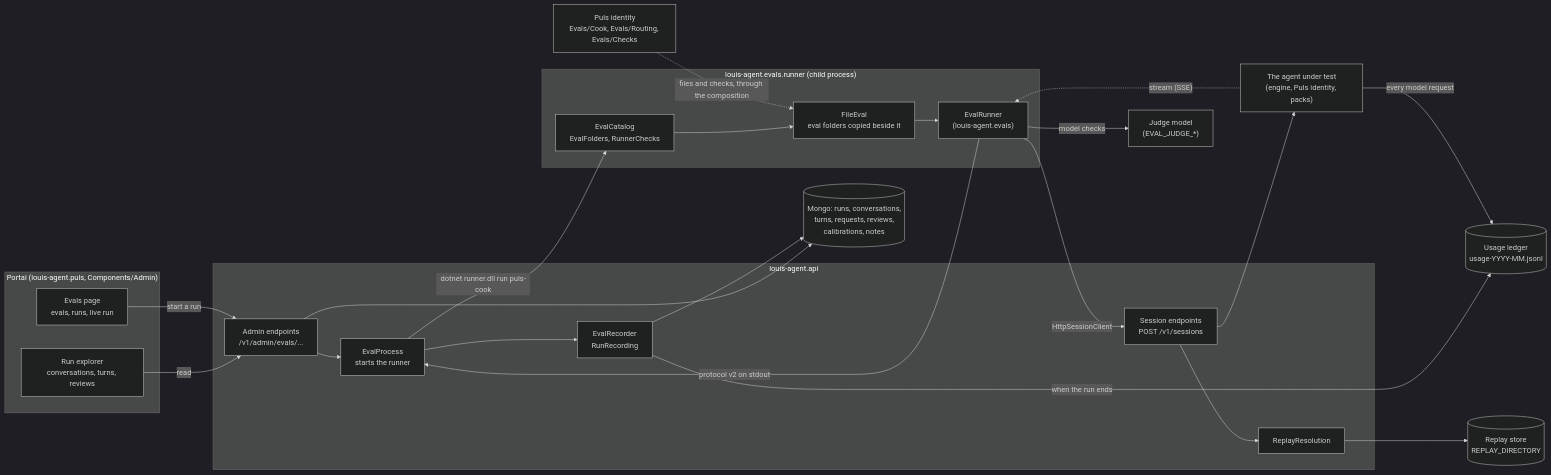
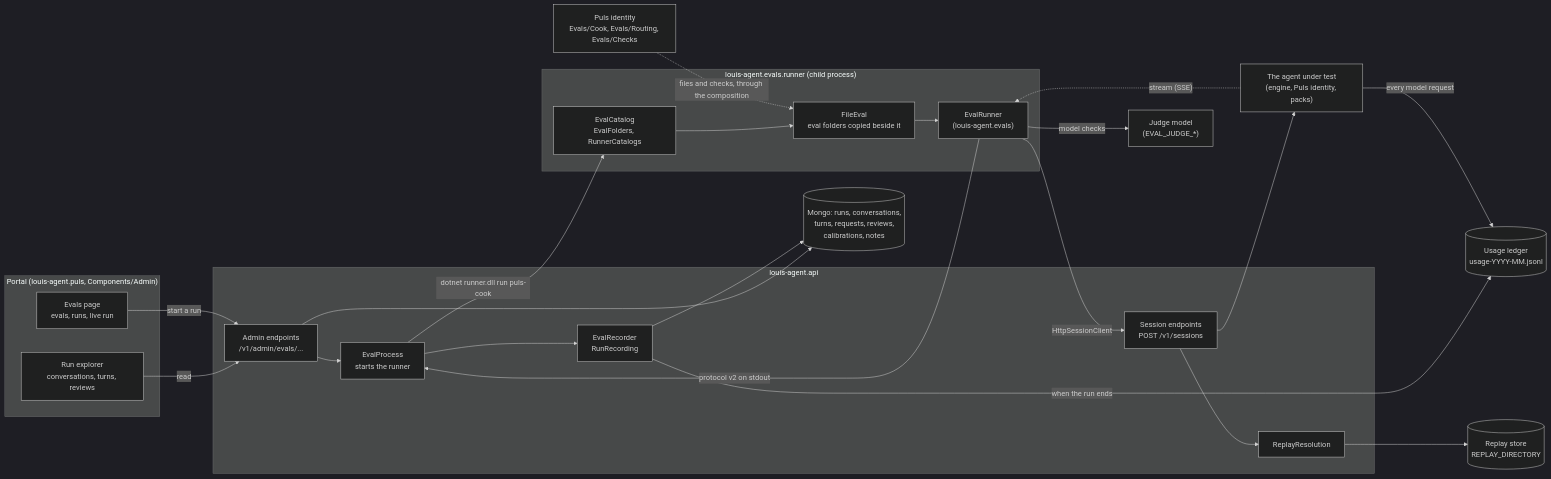
The first of 5 diagrams in src/docs/architecture/evals.md (bosbevk/louis-agent), drawn with Mermaid (dark theme) before and after one commit. The commit also changed other lines of this file and 43 other files, not shown here.

First line of the commit message:
refactor(cl29.2): step 4 - the eval runner is a library

````diff
--- a/src/docs/architecture/evals.md
+++ b/src/docs/architecture/evals.md
@@ -26,37 +26,37 @@
 ```mermaid
 flowchart LR
   subgraph Portal["Portal (louis-agent.puls, Components/Admin)"]
     Bench["Evals page<br/>evals, runs, live run"]
     Explorer["Run explorer<br/>conversations, turns, reviews"]
   end
   subgraph API["louis-agent.api"]
     Admin["Admin endpoints<br/>/v1/admin/evals/..."]
     Proc["EvalProcess<br/>starts the runner"]
     Rec["EvalRecorder<br/>RunRecording"]
     Sessions["Session endpoints<br/>POST /v1/sessions"]
     Replay["ReplayResolution"]
   end
   subgraph Runner["louis-agent.evals.runner (child process)"]
-    Cat["EvalCatalog<br/>EvalFolders, RunnerChecks"]
+    Cat["EvalCatalog<br/>EvalFolders, RunnerCatalogs"]
     Harness["EvalRunner<br/>(louis-agent.evals)"]
     Files["FileEval<br/>eval folders copied beside it"]
   end
   Identity["Puls identity<br/>Evals/Cook, Evals/Routing, Evals/Checks"]
   Agent["The agent under test<br/>(engine, Puls identity, packs)"]
   Store[("Mongo: runs, conversations,<br/>turns, requests, reviews,<br/>calibrations, notes")]
   Ledger[("Usage ledger<br/>usage-YYYY-MM.jsonl")]
   RStore[("Replay store<br/>REPLAY_DIRECTORY")]
   Judge["Judge model<br/>(EVAL_JUDGE_*)"]
 
   Bench -->|"start a run"| Admin --> Proc -->|"dotnet runner.dll run puls-cook"| Cat
   Identity -.->|"files and checks, through the composition"| Files
   Cat --> Files --> Harness
   Harness -->|"HttpSessionClient"| Sessions --> Agent
   Sessions --> Replay --> RStore
   Agent -->|"every model request"| Ledger
   Agent -.->|"stream (SSE)"| Harness
   Harness -->|"model checks"| Judge
   Harness -->|"protocol v2 on stdout"| Proc --> Rec --> Store
   Rec -->|"when the run ends"| Ledger
   Explorer -->|"read"| Admin --> Store
 ```
````
